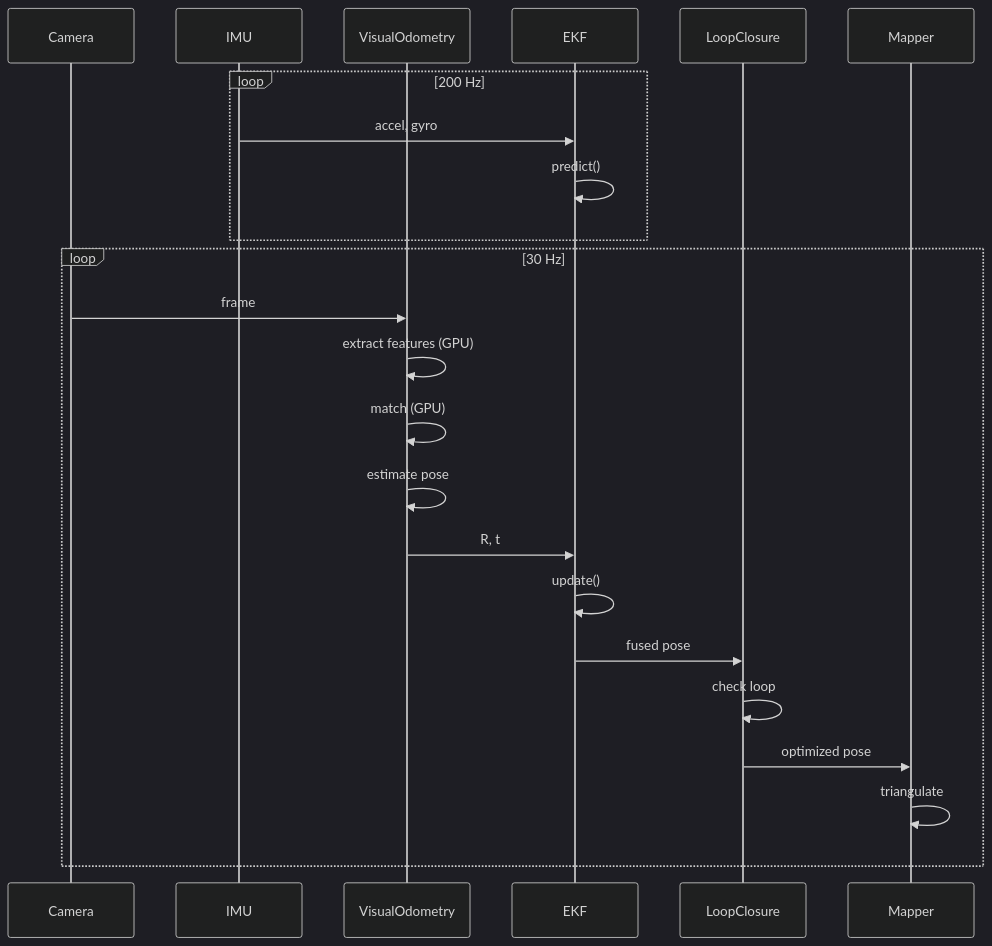
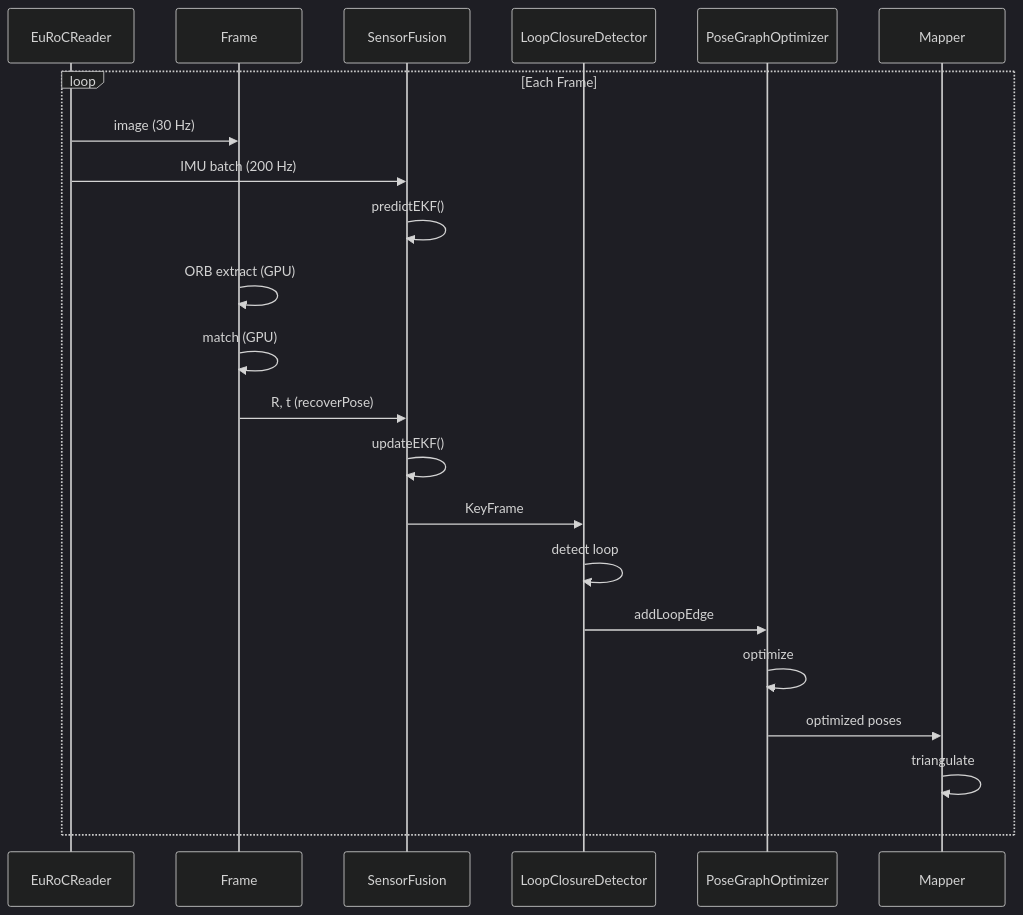
Before and after one commit to robertteleng/aria-slam: the sixth of 11 diagrams in README.md, drawn with Mermaid (dark theme). The commit also changed other lines of this file, not shown here.

````diff
--- a/README.md
+++ b/README.md
@@ -321,27 +336,25 @@
 ```mermaid
 sequenceDiagram
-    participant C as Camera
-    participant I as IMU
-    participant VO as VisualOdometry
-    participant SF as EKF
-    participant LC as LoopClosure
+    participant ER as EuRoCReader
+    participant F as Frame
+    participant SF as SensorFusion
+    participant LCD as LoopClosureDetector
+    participant PGO as PoseGraphOptimizer
     participant M as Mapper
 
-    loop 200 Hz
-        I->>SF: accel, gyro
-        SF->>SF: predict()
-    end
-
-    loop 30 Hz
-        C->>VO: frame
-        VO->>VO: extract features (GPU)
-        VO->>VO: match (GPU)
-        VO->>VO: estimate pose
-        VO->>SF: R, t
-        SF->>SF: update()
-        SF->>LC: fused pose
-        LC->>LC: check loop
-        LC->>M: optimized pose
+    loop Each Frame
+        ER->>F: image (30 Hz)
+        ER->>SF: IMU batch (200 Hz)
+        SF->>SF: predictEKF()
+        F->>F: ORB extract (GPU)
+        F->>F: match (GPU)
+        F->>SF: R, t (recoverPose)
+        SF->>SF: updateEKF()
+        SF->>LCD: KeyFrame
+        LCD->>LCD: detect loop
+        LCD->>PGO: addLoopEdge
+        PGO->>PGO: optimize
+        PGO->>M: optimized poses
         M->>M: triangulate
     end
 ```
````
